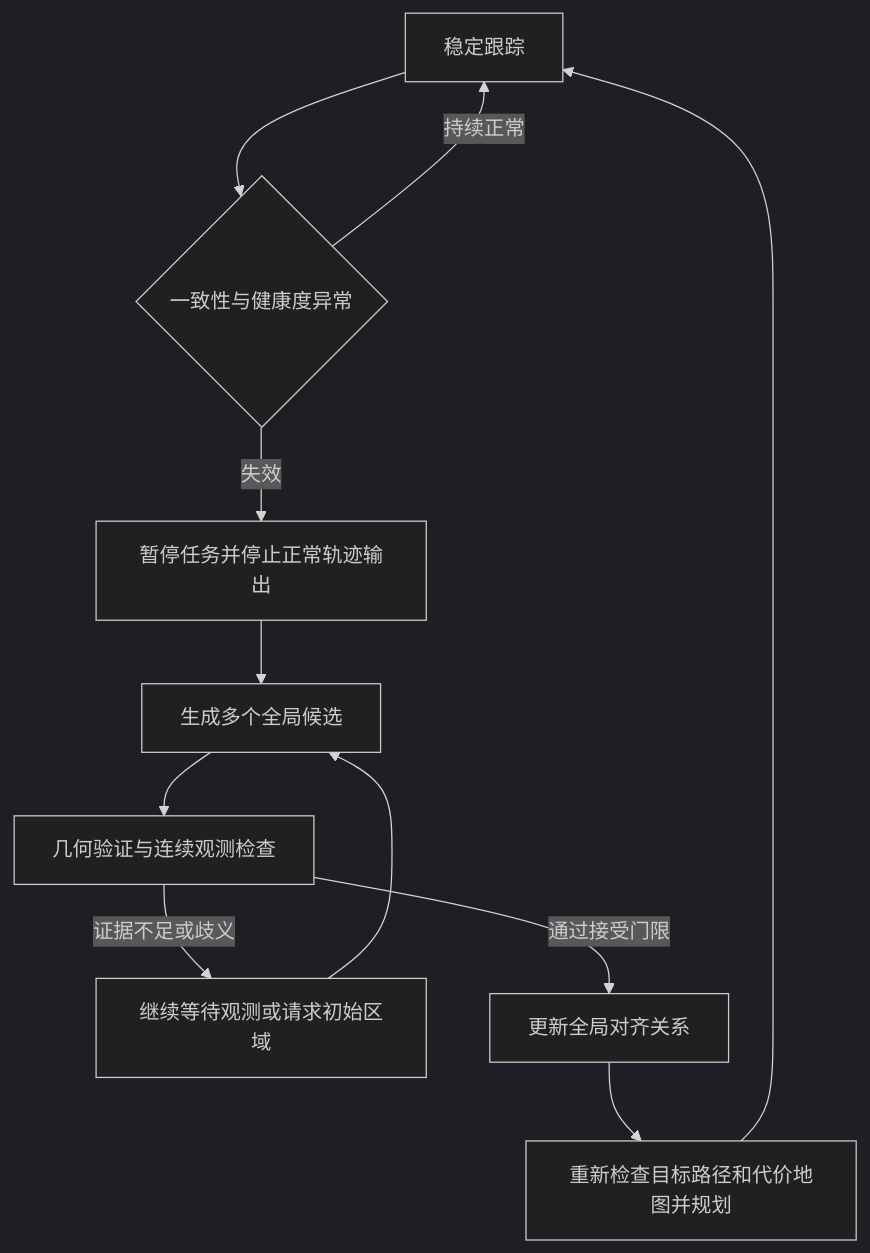
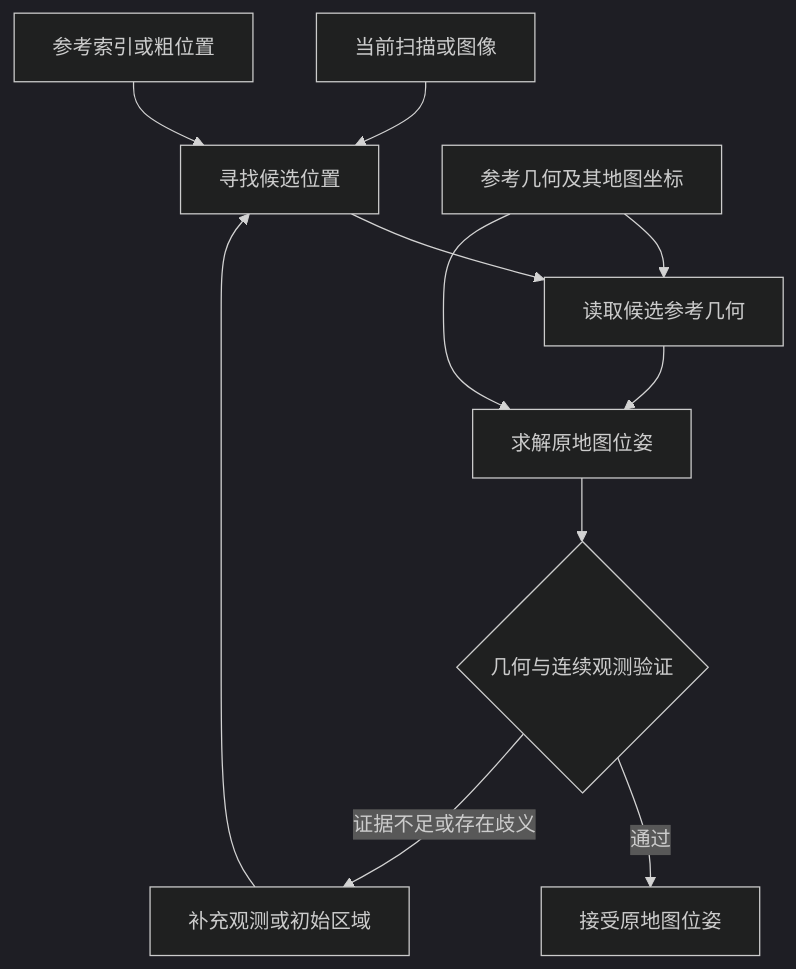
One commit to EnosElinsa/wheeltec-ros-textbook changed the first of 2 diagrams in docs/06-sensors-navigation/33-relocalization-map-dependence.md. Above: the diagram before and after it, drawn with Mermaid (dark theme). The commit also changed other lines of this file and 3 other files, not shown here.

````diff
--- a/docs/06-sensors-navigation/33-relocalization-map-dependence.md
+++ b/docs/06-sensors-navigation/33-relocalization-map-dependence.md
@@ -255,13 +70,13 @@
 ```mermaid
 flowchart TD
-    A[稳定跟踪] --> B{一致性与健康度异常}
-    B -->|持续正常| A
-    B -->|失效| C[暂停任务并停止正常轨迹输出]
-    C --> D[生成多个全局候选]
-    D --> E[几何验证与连续观测检查]
-    E -->|证据不足或歧义| F[继续等待观测或请求初始区域]
-    F --> D
-    E -->|通过接受门限| G[更新全局对齐关系]
-    G --> H[重新检查目标路径和代价地图并规划]
-    H --> A
+    A[当前扫描或图像] --> B[寻找候选位置]
+    R[参考索引或粗位置] --> B
+    B --> C[读取候选参考几何]
+    C --> D[求解原地图位姿]
+    M[参考几何及其地图坐标] --> C
+    M --> D
+    D --> E{几何与连续观测验证}
+    E -->|通过| F[接受原地图位姿]
+    E -->|证据不足或存在歧义| G[补充观测或初始区域]
+    G --> B
 ```
````
